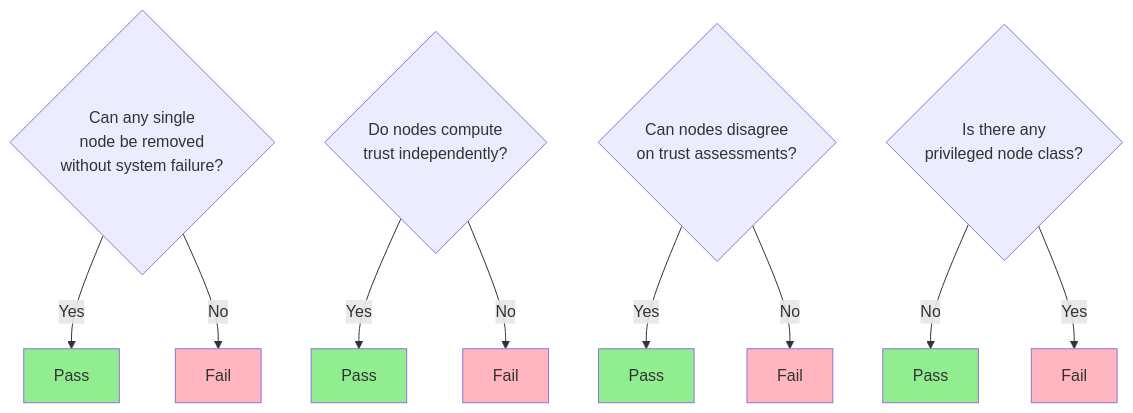
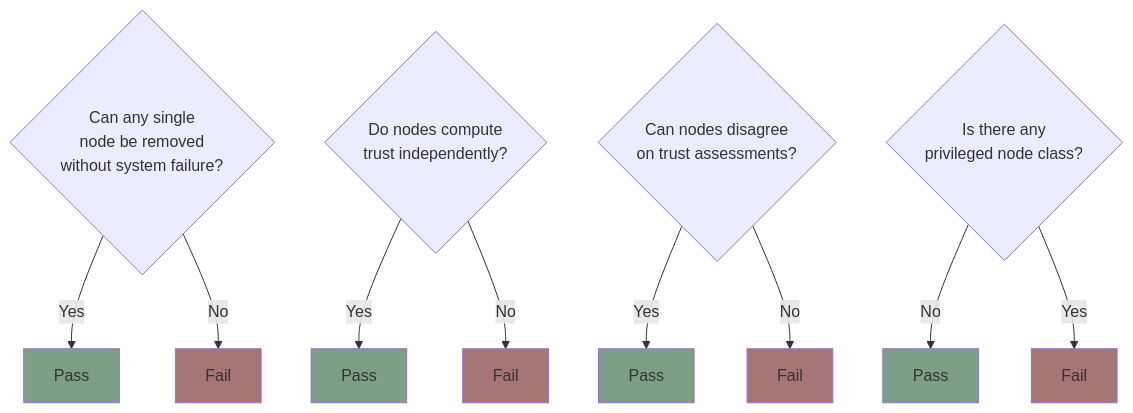
One commit to ScopeCreep-zip/Symbiont changed the third of 10 diagrams in docs/concepts/core-principles.md. Above: the diagram before and after it, drawn with Mermaid. The commit also changed other lines of this file and 17 other files, not shown here.

Commit message:
update to diagram colors

````diff
--- a/docs/concepts/core-principles.md
+++ b/docs/concepts/core-principles.md
@@ -129,28 +129,28 @@
 ```mermaid
 graph TD
     T1{Can any single<br/>node be removed<br/>without system failure?}
     T2{Do nodes compute<br/>trust independently?}
     T3{Can nodes disagree<br/>on trust assessments?}
     T4{Is there any<br/>privileged node class?}
 
     T1 -->|Yes| P1[Pass]
     T1 -->|No| F1[Fail]
 
     T2 -->|Yes| P2[Pass]
     T2 -->|No| F2[Fail]
 
     T3 -->|Yes| P3[Pass]
     T3 -->|No| F3[Fail]
 
     T4 -->|No| P4[Pass]
     T4 -->|Yes| F4[Fail]
 
-    style P1 fill:#90EE90
-    style P2 fill:#90EE90
-    style P3 fill:#90EE90
-    style P4 fill:#90EE90
-    style F1 fill:#FFB6C1
-    style F2 fill:#FFB6C1
-    style F3 fill:#FFB6C1
-    style F4 fill:#FFB6C1
+    style P1 fill:#7d9f85
+    style P2 fill:#7d9f85
+    style P3 fill:#7d9f85
+    style P4 fill:#7d9f85
+    style F1 fill:#a67676
+    style F2 fill:#a67676
+    style F3 fill:#a67676
+    style F4 fill:#a67676
 ```
````
